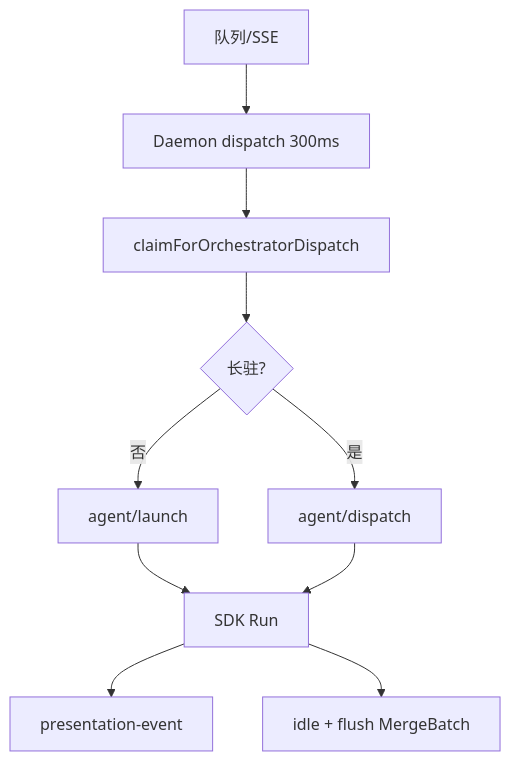
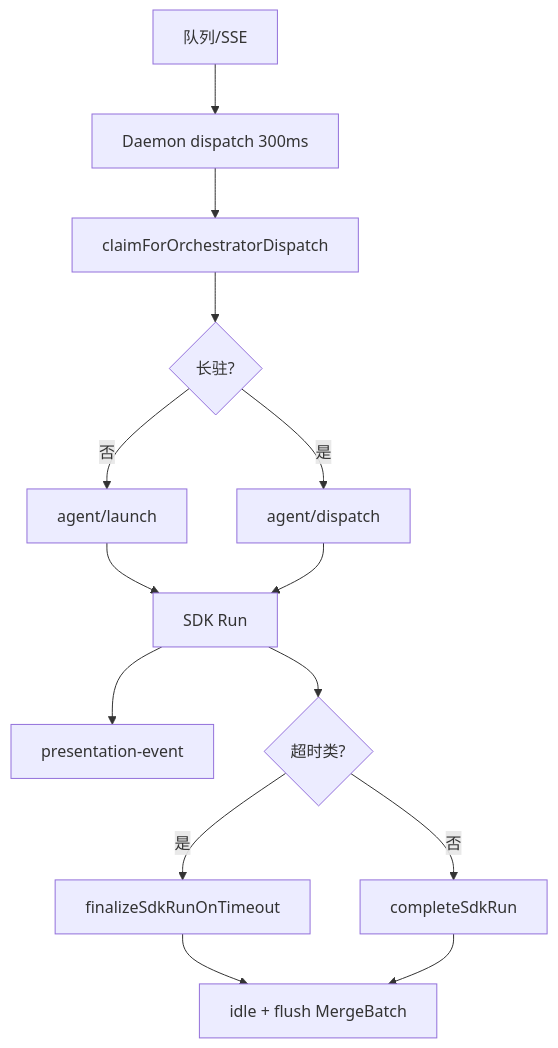
One commit to lk-eternal/cursor-claw changed the diagram in knowledge/业务域/Agent调度/03-启动与自动重连.md. Above: the diagram before and after it, drawn with Mermaid. The commit also changed other lines of this file and 11 other files, not shown here.

````diff
--- a/knowledge/业务域/Agent调度/03-启动与自动重连.md
+++ b/knowledge/业务域/Agent调度/03-启动与自动重连.md
@@ -24,12 +26,16 @@
 ```mermaid
 flowchart TD
   Q[队列/SSE] --> D[Daemon dispatch 300ms]
   D --> CLM[claimForOrchestratorDispatch]
   CLM --> LA{长驻?}
   LA -->|否| LN[agent/launch]
   LA -->|是| DP[agent/dispatch]
   LN --> RUN[SDK Run]
   DP --> RUN
   RUN --> PE[presentation-event]
-  RUN --> IDLE[idle + flush MergeBatch]
+  RUN --> TO{超时类?}
+  TO -->|是| FIN[finalizeSdkRunOnTimeout]
+  FIN --> IDLE[idle + flush MergeBatch]
+  TO -->|否| CR[completeSdkRun]
+  CR --> IDLE
 ```
````
